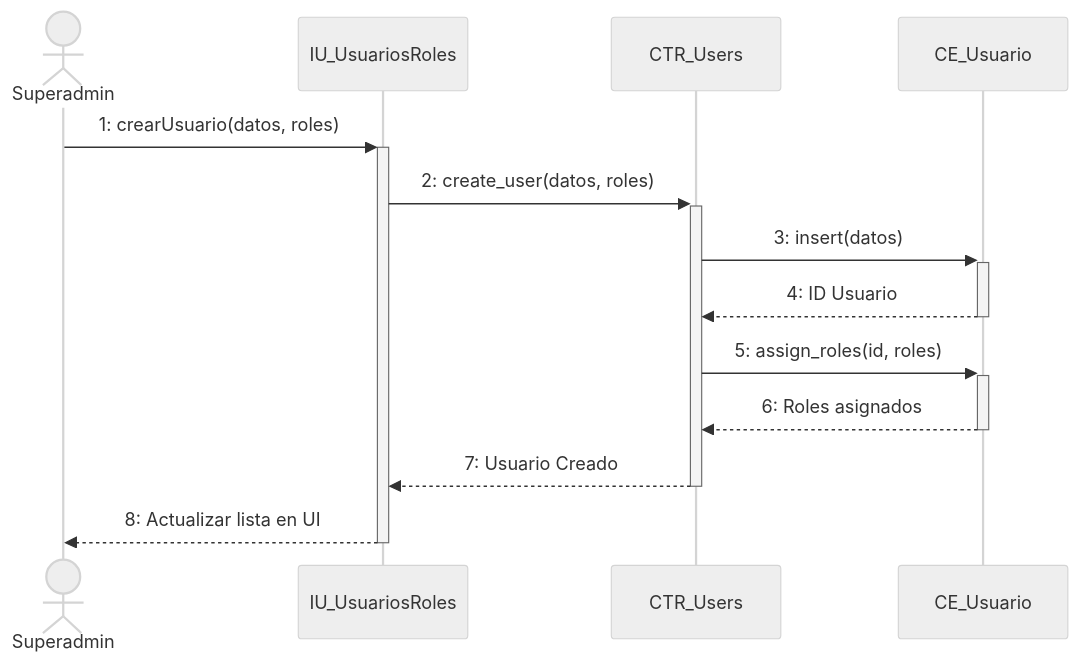
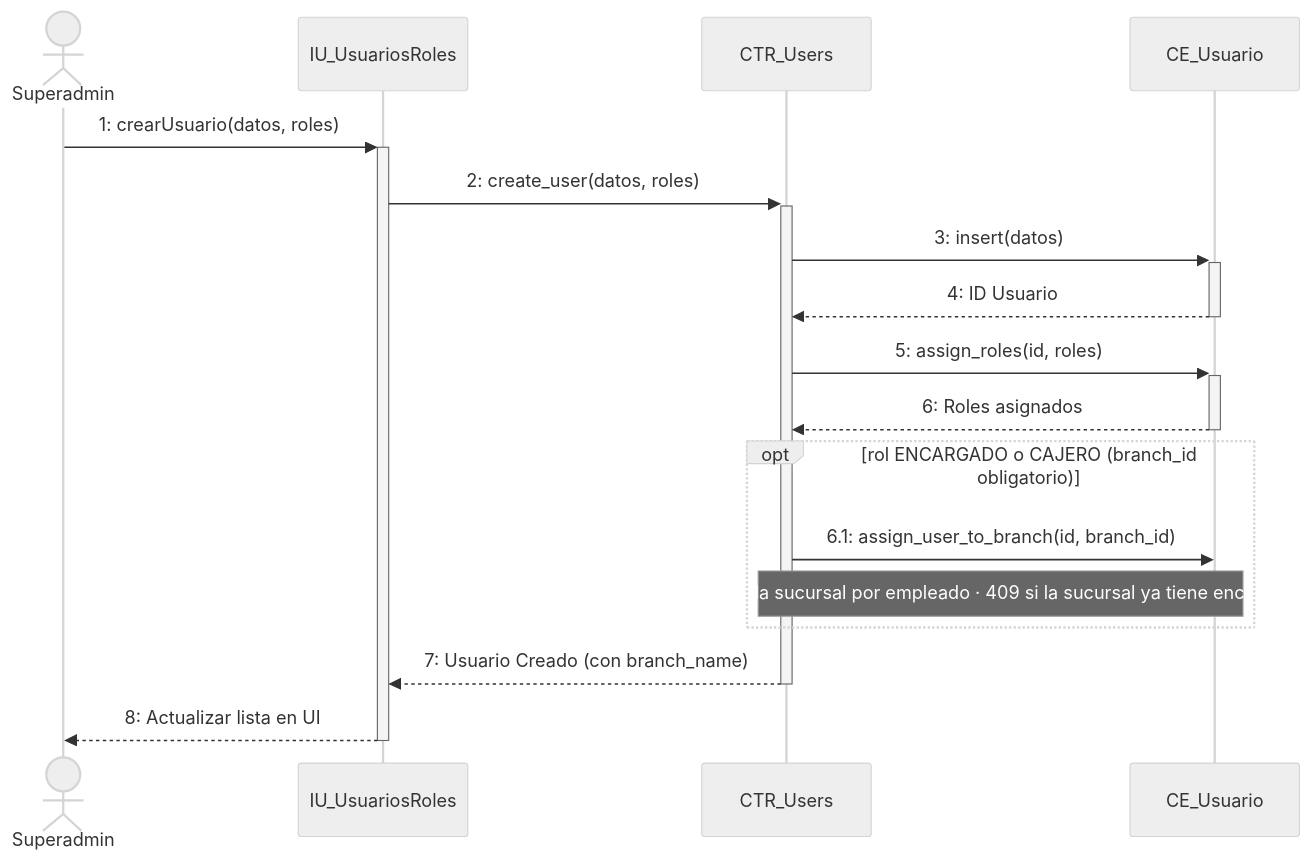
Diagram 33 of 53 in Ciclo1.md (jc-larry/ecommerce-fashionstore), drawn with Mermaid (neutral theme) before and after one commit. The commit also changed other lines of this file and 267 other files, not shown here.

````diff
--- a/Ciclo1.md
+++ b/Ciclo1.md
@@ -1749,16 +1864,20 @@
 ```mermaid
 sequenceDiagram
     actor A as Superadmin
     participant IU as IU_UsuariosRoles
     participant CTR as CTR_Users
     participant CE_U as CE_Usuario
 
     A->>+IU: 1: crearUsuario(datos, roles)
     IU->>+CTR: 2: create_user(datos, roles)
     CTR->>+CE_U: 3: insert(datos)
     CE_U-->>-CTR: 4: ID Usuario
     CTR->>+CE_U: 5: assign_roles(id, roles)
     CE_U-->>-CTR: 6: Roles asignados
-    CTR-->>-IU: 7: Usuario Creado
+    opt rol ENCARGADO o CAJERO (branch_id obligatorio)
+        CTR->>CE_U: 6.1: assign_user_to_branch(id, branch_id)
+        Note over CTR,CE_U: una sola sucursal por empleado · 409 si la sucursal ya tiene encargado
+    end
+    CTR-->>-IU: 7: Usuario Creado (con branch_name)
     IU-->>-A: 8: Actualizar lista en UI
 ```
````
